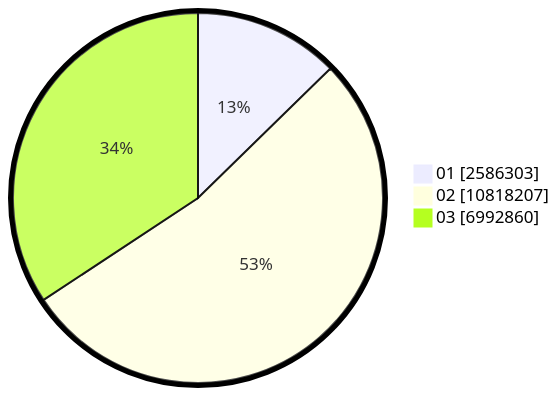
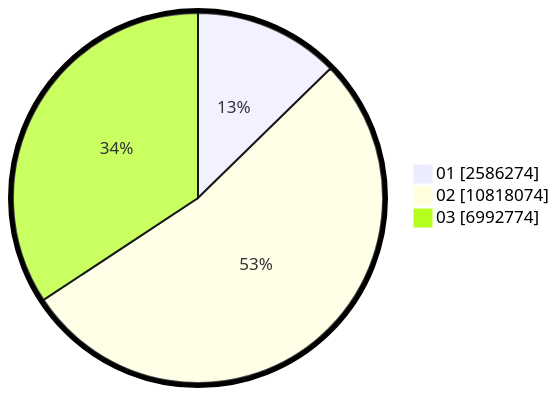
Before and after one commit to gigit-pemilu/pemilu-2024: the second of 2 diagrams in pilpres/hitung-suara/sub/table-wilayah-33.md, drawn with Mermaid. The commit also changed other lines of this file and 12 other files, not shown here.

````diff
--- a/pilpres/hitung-suara/sub/table-wilayah-33.md
+++ b/pilpres/hitung-suara/sub/table-wilayah-33.md
@@ -15,7 +15,7 @@
 ```mermaid
 %%{init: {"pie": {"textPosition": 0.5}, "themeVariables": {"pieOuterStrokeWidth": "5px"}} }%%
 pie showData
-    "01" : 2586303
-    "02" : 10818207
-    "03" : 6992860
+    "01" : 2586274
+    "02" : 10818074
+    "03" : 6992774
 ```
````
